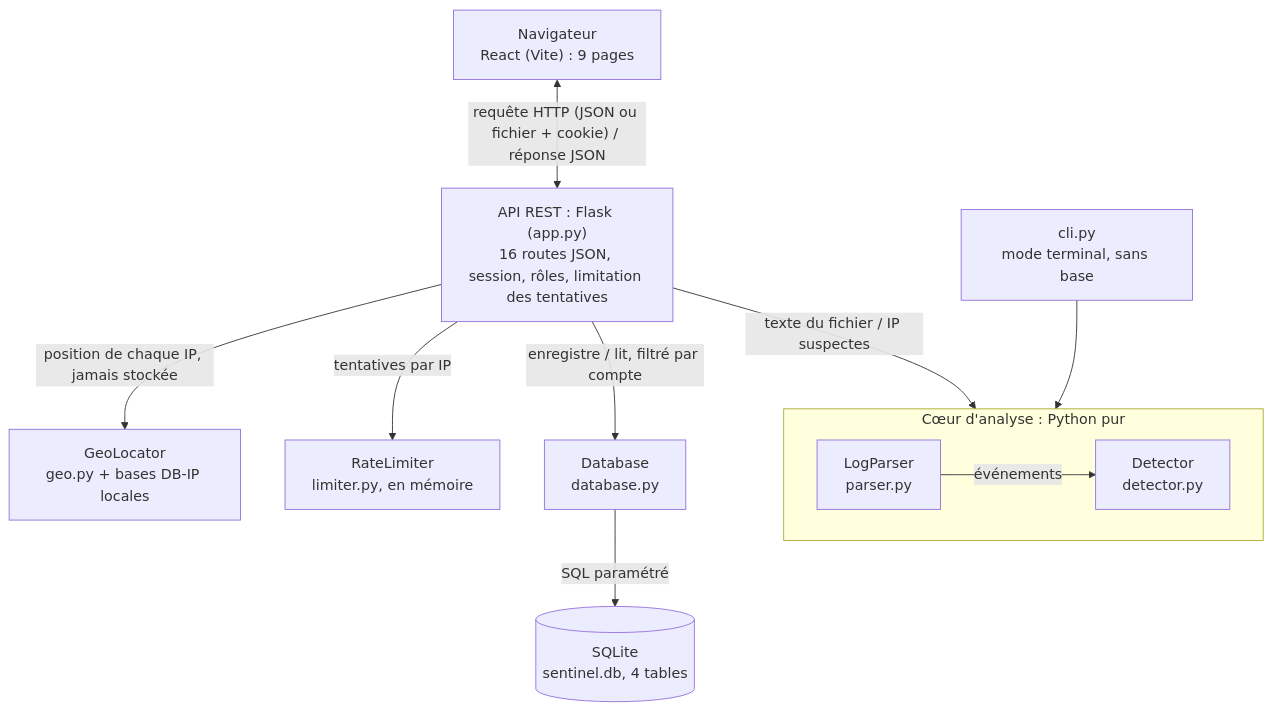
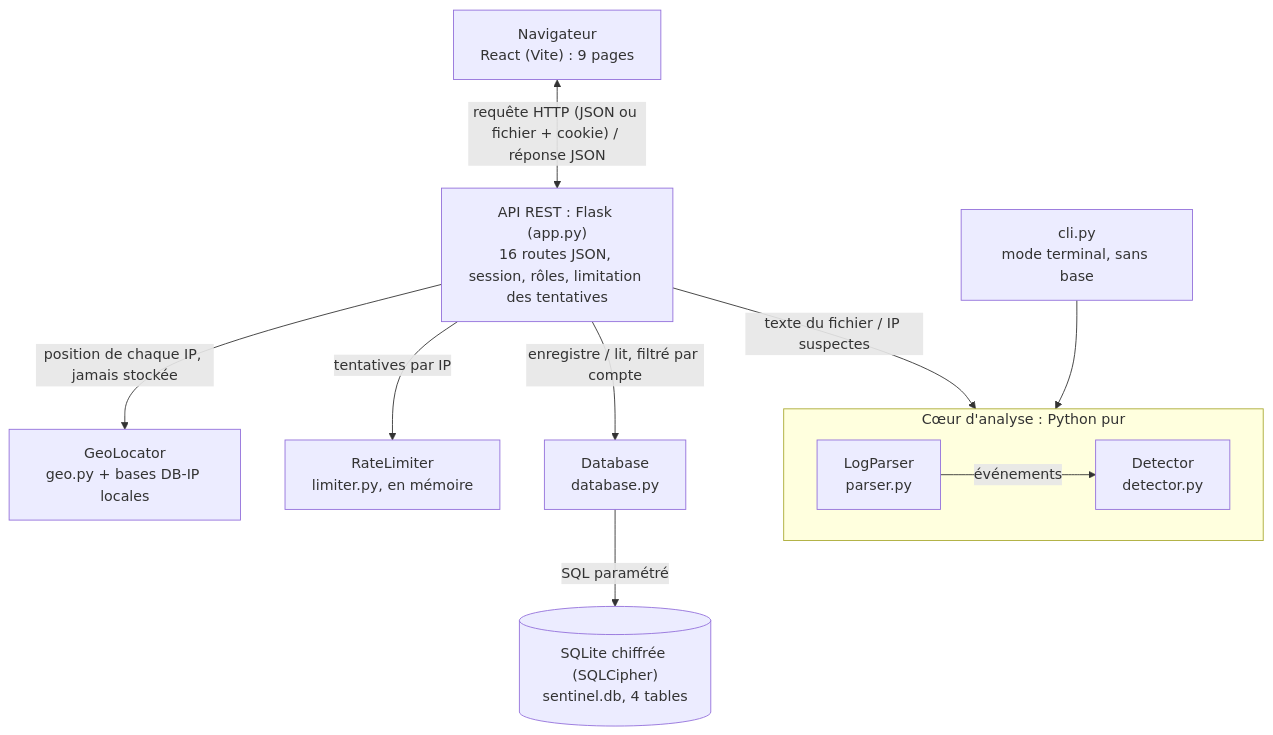
The first of 6 diagrams in docs/diagrammes.md (anil-akr/sentinelssh), drawn with Mermaid before and after one commit. The commit also changed other lines of this file and 12 other files, not shown here.

````diff
--- a/docs/diagrammes.md
+++ b/docs/diagrammes.md
@@ -8,21 +8,21 @@
 ```mermaid
 flowchart TB
     nav["Navigateur<br/>React (Vite) : 9 pages"]
     api["API REST : Flask (app.py)<br/>16 routes JSON, session, rôles, limitation des tentatives"]
     cli["cli.py<br/>mode terminal, sans base"]
     subgraph coeur["Cœur d'analyse : Python pur"]
         parser["LogParser<br/>parser.py"] -- événements --> detector["Detector<br/>detector.py"]
     end
     geo["GeoLocator<br/>geo.py + bases DB-IP locales"]
     limiter["RateLimiter<br/>limiter.py, en mémoire"]
     db["Database<br/>database.py"]
-    sqlite[("SQLite<br/>sentinel.db, 4 tables")]
+    sqlite[("SQLite chiffrée (SQLCipher)<br/>sentinel.db, 4 tables")]
 
     nav <-- "requête HTTP (JSON ou fichier + cookie) / réponse JSON" --> api
     api -- "texte du fichier / IP suspectes" --> coeur
     cli --> coeur
     api -- "position de chaque IP, jamais stockée" --> geo
     api -- "tentatives par IP" --> limiter
     api -- "enregistre / lit, filtré par compte" --> db
     db -- "SQL paramétré" --> sqlite
 ```
````
